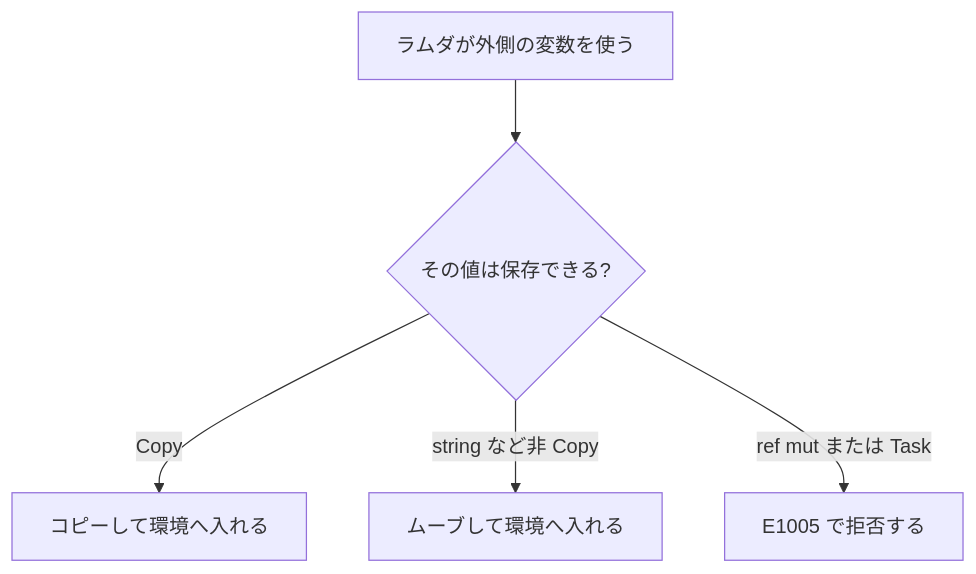
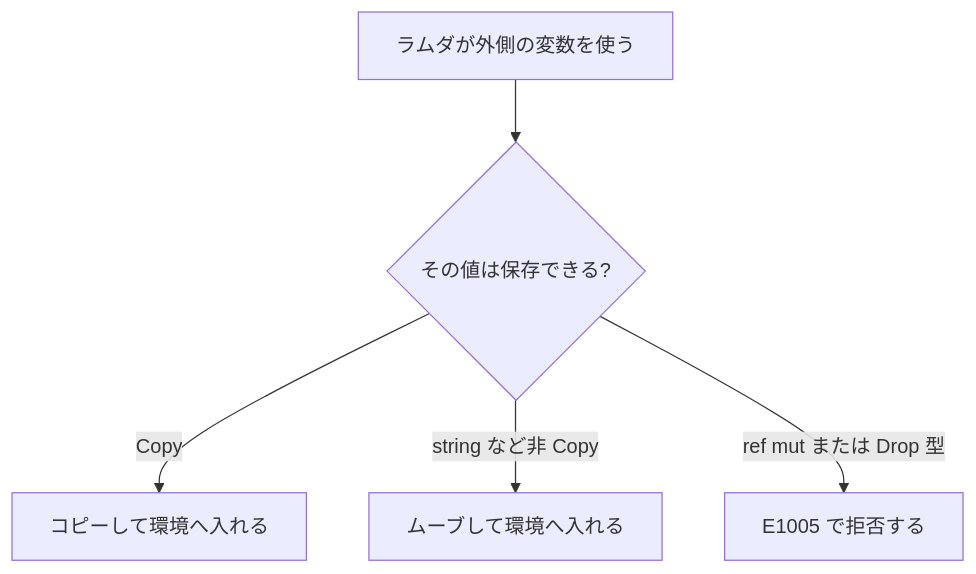
One commit to tatsuya-midorikawa/Tsuzuri changed the diagram in _tsuzuri/language-reference/values-and-functions/lambda-expressions.md. Above: the diagram before and after it, drawn with Mermaid. The commit also changed other lines of this file and 261 other files, not shown here.

````diff
--- a/_tsuzuri/language-reference/values-and-functions/lambda-expressions.md
+++ b/_tsuzuri/language-reference/values-and-functions/lambda-expressions.md
@@ -188,7 +188,7 @@
 ```mermaid
 flowchart TD
     use["ラムダが外側の変数を使う"] --> kind{"その値は保存できる?"}
     kind -->|Copy| copy["コピーして環境へ入れる"]
     kind -->|string など非 Copy| moved["ムーブして環境へ入れる"]
-    kind -->|ref mut または Task| reject["E1005 で拒否する"]
+    kind -->|ref mut または Drop 型| reject["E1005 で拒否する"]
 ```
````
